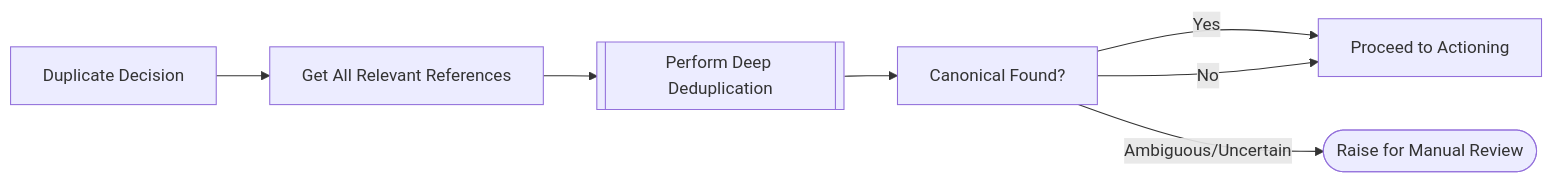
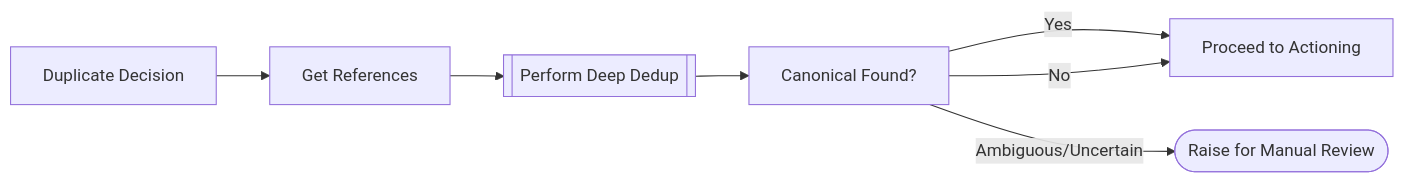
Before and after one commit to destiny-evidence/destiny-repository: the third of 4 diagrams in docs/procedures/deduplication.rst, drawn with Mermaid. The commit also changed other lines of this file and 1 other file, not shown here.

Commit message:
updated dedup docs per comments

```diff
--- a/docs/procedures/deduplication.rst
+++ b/docs/procedures/deduplication.rst
@@ -90,15 +113,15 @@
 .. mermaid::
 
     flowchart LR
 
         D[Duplicate Decision]
-        R[Get All Relevant References]
-        DD[[Perform Deep Deduplication]]
+        R[Get References]
+        DD[[Perform Deep Dedup]]
         C[Canonical Found?]
         A[Proceed to Actioning]
         M([Raise for Manual Review])
 
         D-->R-->DD-->C
         C-->|Yes|A
         C-->|No|A
         C-->|"Ambiguous/Uncertain"|M
```
